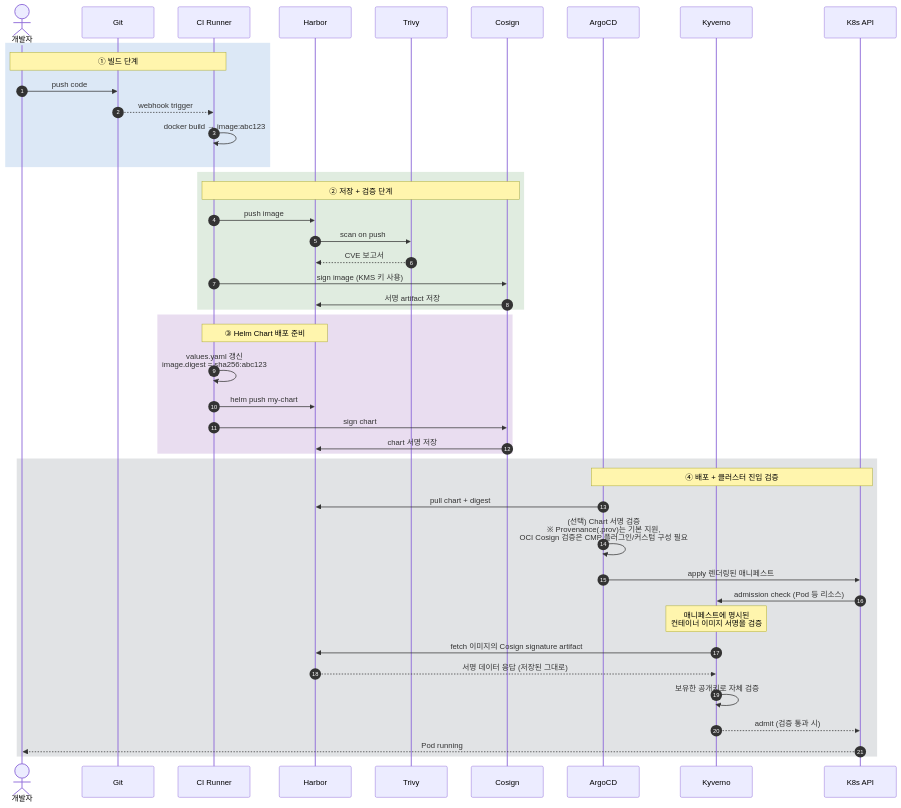
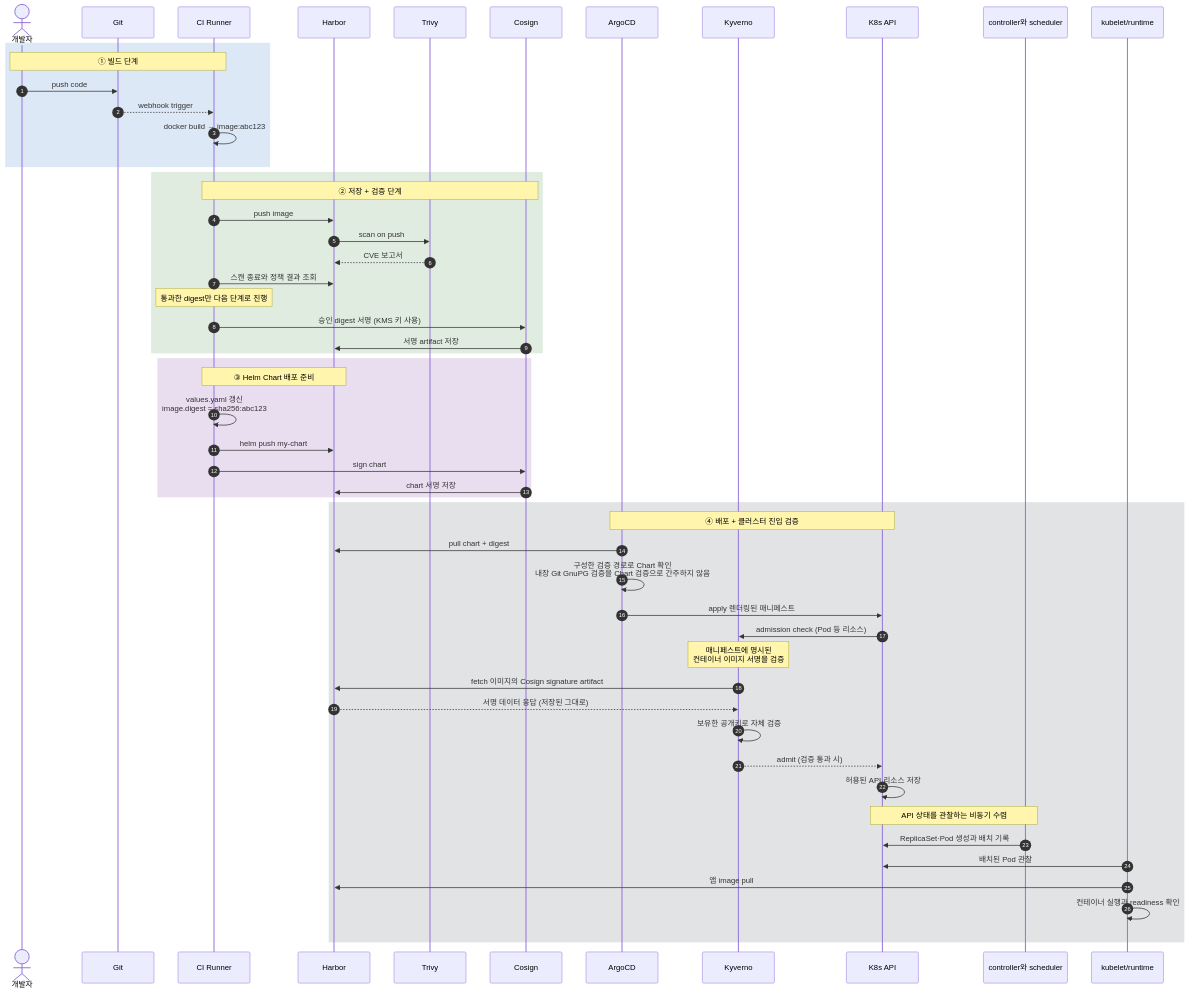
One commit to sskim91/TIL changed the third of 6 diagrams in kubernetes/Helm과-Harbor를-왜-같이-써야-하는가.md. Above: the diagram before and after it, drawn with Mermaid. The commit also changed other lines of this file and 39 other files, not shown here.

````diff
--- a/kubernetes/Helm과-Harbor를-왜-같이-써야-하는가.md
+++ b/kubernetes/Helm과-Harbor를-왜-같이-써야-하는가.md
@@ -125,51 +133,60 @@
 ```mermaid
 sequenceDiagram
     autonumber
     actor Dev as 개발자
     participant Git
     participant CI as CI Runner
     participant Harbor
     participant Trivy
     participant Cosign
     participant ArgoCD
     participant Kyverno
     participant K8s as K8s API
+    participant Control as controller와 scheduler
+    participant Node as kubelet/runtime
 
     rect rgba(21, 101, 192, 0.15)
         Note over Dev,CI: ① 빌드 단계
         Dev->>Git: push code
         Git-->>CI: webhook trigger
         CI->>CI: docker build → image:abc123
     end
 
     rect rgba(46, 125, 50, 0.15)
         Note over CI,Cosign: ② 저장 + 검증 단계
         CI->>Harbor: push image
         Harbor->>Trivy: scan on push
         Trivy-->>Harbor: CVE 보고서
-        CI->>Cosign: sign image (KMS 키 사용)
+        CI->>Harbor: 스캔 종료와 정책 결과 조회
+        Note over CI: 통과한 digest만 다음 단계로 진행
+        CI->>Cosign: 승인 digest 서명 (KMS 키 사용)
         Cosign->>Harbor: 서명 artifact 저장
     end
 
     rect rgba(106, 27, 154, 0.15)
         Note over CI,Harbor: ③ Helm Chart 배포 준비
         CI->>CI: values.yaml 갱신<br/>image.digest = sha256:abc123
         CI->>Harbor: helm push my-chart
         CI->>Cosign: sign chart
         Cosign->>Harbor: chart 서명 저장
     end
 
     rect rgba(55, 71, 79, 0.15)
         Note over ArgoCD,K8s: ④ 배포 + 클러스터 진입 검증
         ArgoCD->>Harbor: pull chart + digest
-        ArgoCD->>ArgoCD: (선택) Chart 서명 검증<br/>※ Provenance(.prov)는 기본 지원,<br/>OCI Cosign 검증은 CMP 플러그인/커스텀 구성 필요
+        ArgoCD->>ArgoCD: 구성한 검증 경로로 Chart 확인<br/>내장 Git GnuPG 검증을 Chart 검증으로 간주하지 않음
         ArgoCD->>K8s: apply 렌더링된 매니페스트
         K8s->>Kyverno: admission check (Pod 등 리소스)
         Note over Kyverno: 매니페스트에 명시된<br/>컨테이너 이미지 서명을 검증
         Kyverno->>Harbor: fetch 이미지의 Cosign signature artifact
         Harbor-->>Kyverno: 서명 데이터 응답 (저장된 그대로)
         Kyverno->>Kyverno: 보유한 공개키로 자체 검증
         Kyverno-->>K8s: admit (검증 통과 시)
-        K8s-->>Dev: Pod running
+        K8s->>K8s: 허용된 API 리소스 저장
+        Note over K8s,Control: API 상태를 관찰하는 비동기 수렴
+        Control->>K8s: ReplicaSet·Pod 생성과 배치 기록
+        Node->>K8s: 배치된 Pod 관찰
+        Node->>Harbor: 앱 image pull
+        Node->>Node: 컨테이너 실행과 readiness 확인
     end
 ```
````
